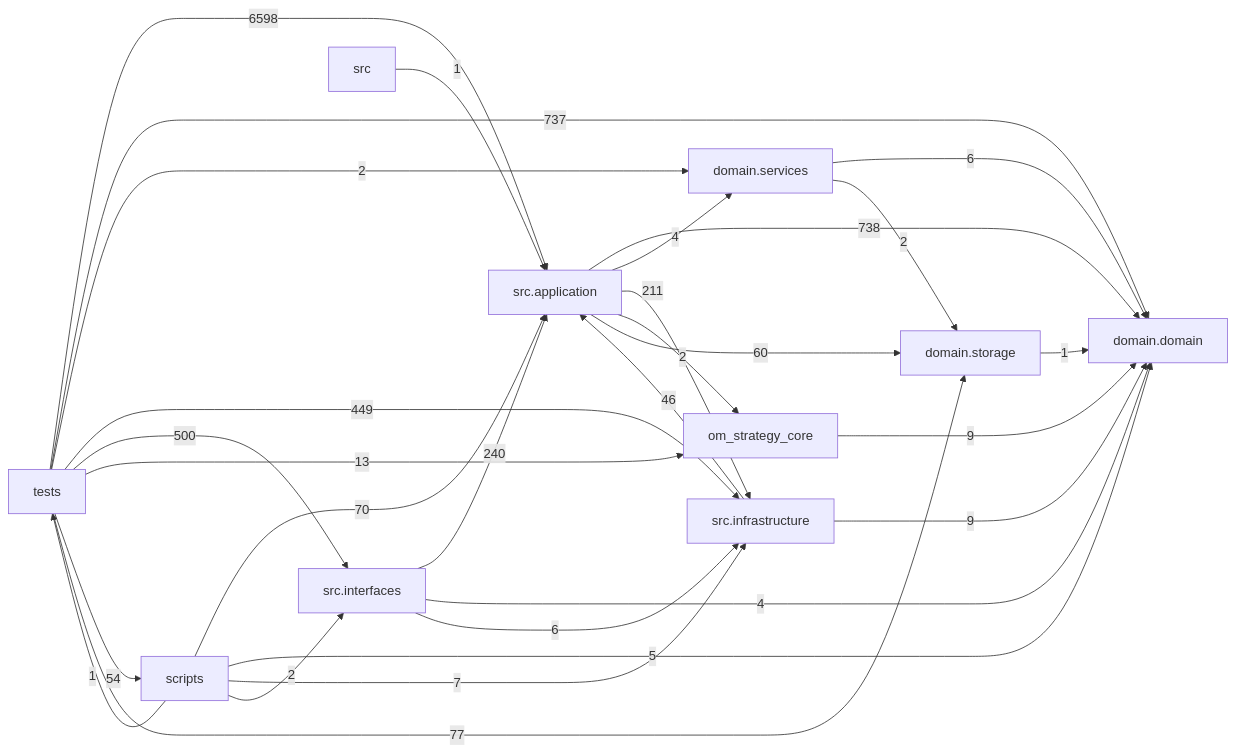
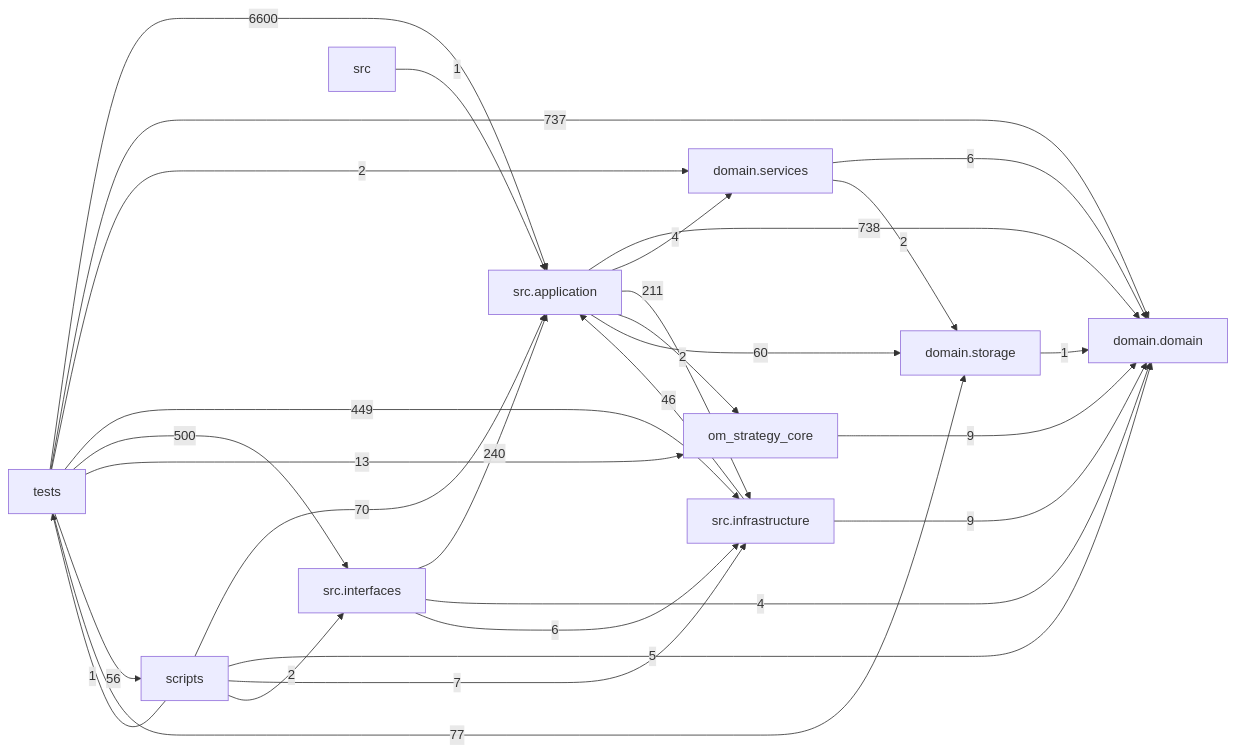
One commit to liuxie066/options-monitor changed the diagram in docs/DEPENDENCY_GRAPH.md. Above: the diagram before and after it, drawn with Mermaid. The commit also changed other lines of this file and 4 other files, not shown here.

````diff
--- a/docs/DEPENDENCY_GRAPH.md
+++ b/docs/DEPENDENCY_GRAPH.md
@@ -24,39 +24,39 @@
 ```mermaid
 flowchart LR
   tests["tests"]
   scripts["scripts"]
   interfaces["src.interfaces"]
   application["src.application"]
   infrastructure["src.infrastructure"]
   domain_services["domain.services"]
   domain["domain.domain"]
   storage["domain.storage"]
   application -->|738| domain
   application -->|4| domain_services
   application -->|211| infrastructure
   application -->|2| om_strategy_core
   application -->|60| storage
   domain_services -->|6| domain
   domain_services -->|2| storage
   infrastructure -->|46| application
   infrastructure -->|9| domain
   interfaces -->|240| application
   interfaces -->|4| domain
   interfaces -->|6| infrastructure
   om_strategy_core -->|9| domain
   scripts -->|70| application
   scripts -->|5| domain
   scripts -->|7| infrastructure
   scripts -->|2| interfaces
   scripts -->|1| tests
   src -->|1| application
   storage -->|1| domain
-  tests -->|6598| application
+  tests -->|6600| application
   tests -->|737| domain
   tests -->|2| domain_services
   tests -->|449| infrastructure
   tests -->|500| interfaces
   tests -->|13| om_strategy_core
-  tests -->|54| scripts
+  tests -->|56| scripts
   tests -->|77| storage
 ```
````
